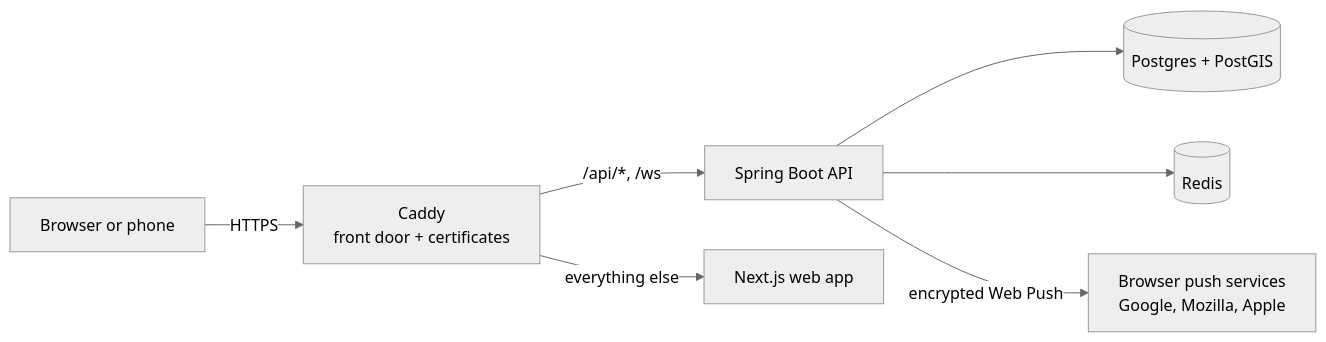
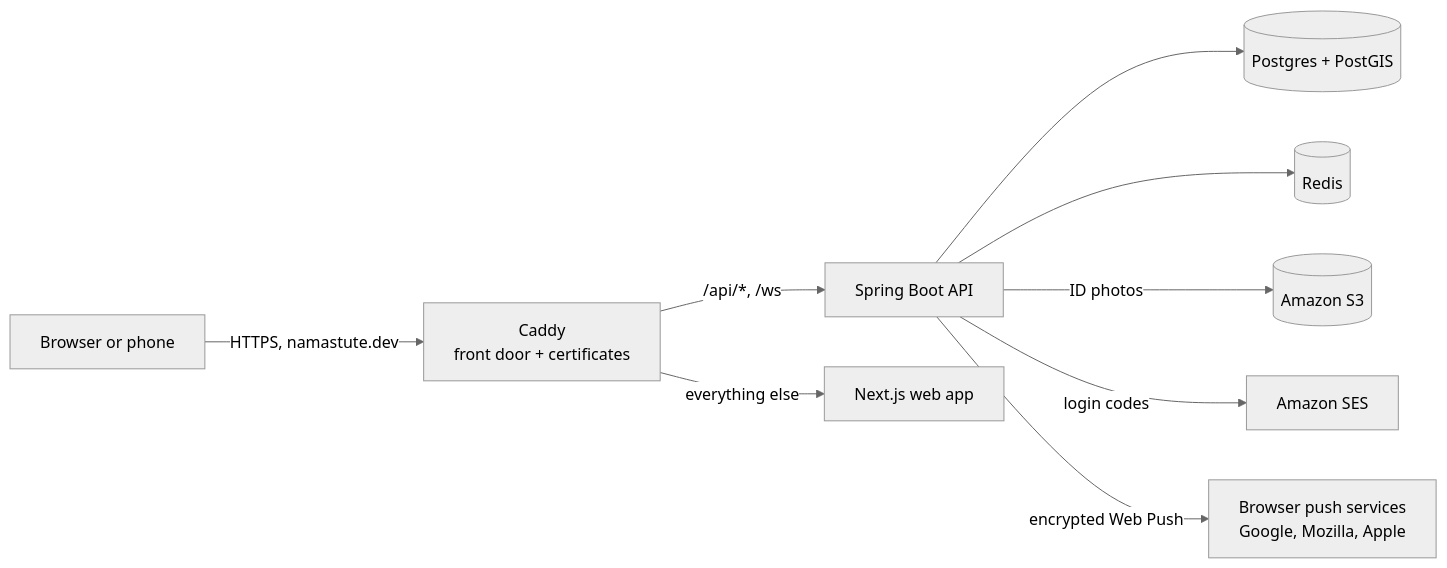
One commit to ShauryaaSharma/Namastute changed the diagram in README.md. Above: the diagram before and after it, drawn with Mermaid (neutral theme). The commit also changed other lines of this file, not shown here.

First line of the commit message:
docs: the README says Namastute is live at namastute.dev (#38)

````diff
--- a/README.md
+++ b/README.md
@@ -73,9 +75,11 @@
 ```mermaid
 flowchart LR
-    B[Browser or phone] -->|HTTPS| C[Caddy<br/>front door + certificates]
+    B[Browser or phone] -->|"HTTPS, namastute.dev"| C[Caddy<br/>front door + certificates]
     C -->|"/api/*, /ws"| A[Spring Boot API]
     C -->|everything else| W[Next.js web app]
     A --> P[(Postgres + PostGIS)]
     A --> R[(Redis)]
+    A -->|ID photos| S3[(Amazon S3)]
+    A -->|login codes| SES[Amazon SES]
     A -->|encrypted Web Push| N[Browser push services<br/>Google, Mozilla, Apple]
 ```
````
